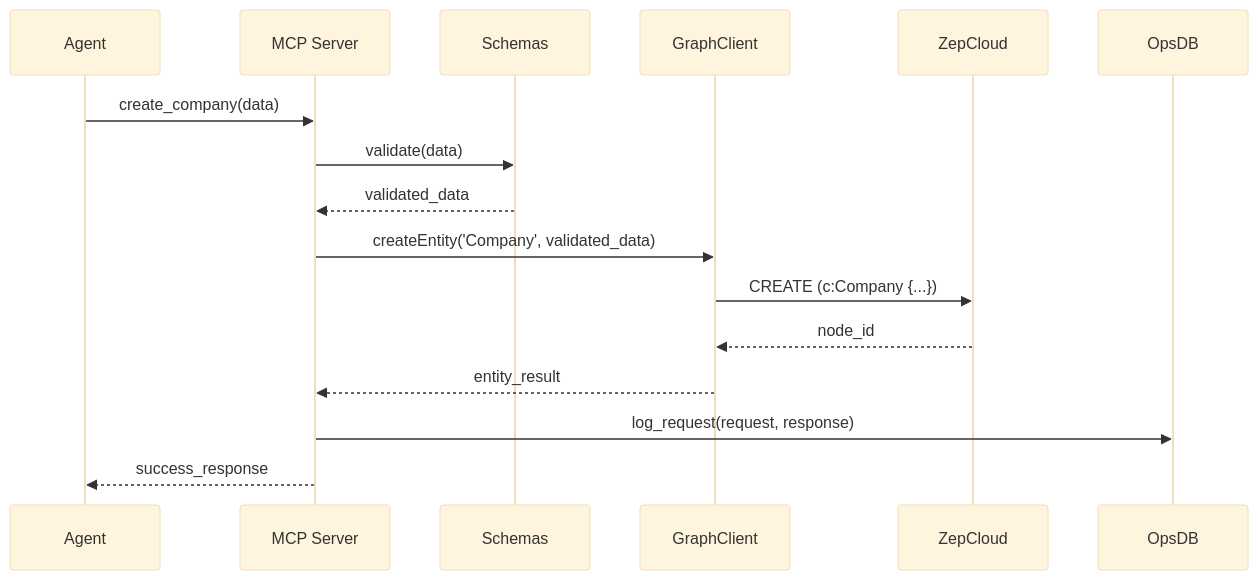
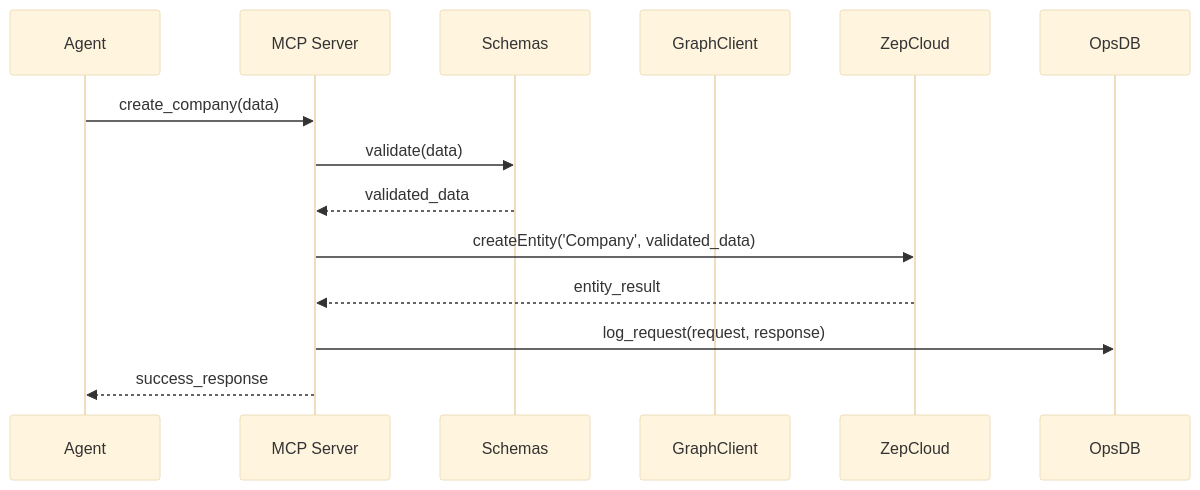
The second of 7 diagrams in ARCHITECTURE.md (leovigna/agent-coeus), drawn with Mermaid (base theme) before and after one commit. The commit also changed other lines of this file and 3 other files, not shown here.

Commit message:
fix architecture/templates rule

````diff
--- a/ARCHITECTURE.md
+++ b/ARCHITECTURE.md
@@ -176,19 +138,17 @@
 ```mermaid
 sequenceDiagram
     participant Agent
     participant MCP as MCP Server
     participant Schemas
     participant GraphClient
     participant ZepCloud
     participant OpsDB
 
     Agent->>MCP: create_company(data)
     MCP->>Schemas: validate(data)
     Schemas-->>MCP: validated_data
-    MCP->>GraphClient: createEntity('Company', validated_data)
-    GraphClient->>ZepCloud: CREATE (c:Company {...})
-    ZepCloud-->>GraphClient: node_id
-    GraphClient-->>MCP: entity_result
+    MCP->>ZepCloud: createEntity('Company', validated_data)
+    ZepCloud-->>MCP: entity_result
     MCP->>OpsDB: log_request(request, response)
     MCP-->>Agent: success_response
 ```
````
